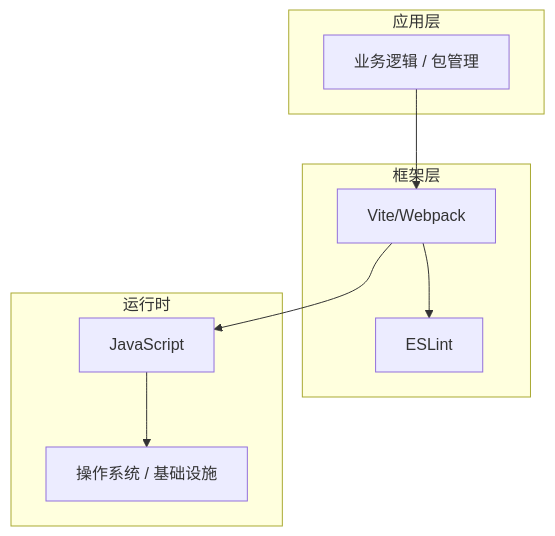
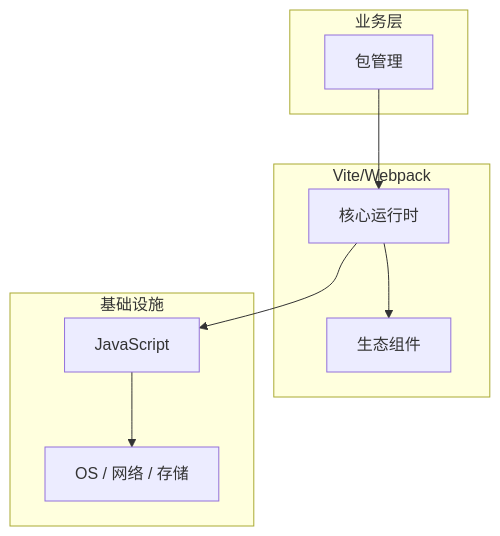
One commit to yanggan2015/knowledge-json-v2 changed the diagram in articles/前端工程化/chapters/007-包管理核心概念与原理.md. Above: the diagram before and after it, drawn with Mermaid. The commit also changed other lines of this file and 10127 other files, not shown here.

````diff
--- a/articles/前端工程化/chapters/007-包管理核心概念与原理.md
+++ b/articles/前端工程化/chapters/007-包管理核心概念与原理.md
@@ -45,18 +34,18 @@
 ```mermaid
 graph TB
-    subgraph 应用层
-        A[业务逻辑 / 包管理]
+    subgraph 业务层
+        A[包管理]
     end
-    subgraph 框架层
-        B[Vite/Webpack]
-        C[ESLint]
+    subgraph Vite/Webpack
+        B[核心运行时]
+        C[生态组件]
     end
-    subgraph 运行时
+    subgraph 基础设施
         D[JavaScript]
-        E[操作系统 / 基础设施]
+        E[OS / 网络 / 存储]
     end
     A --> B
     B --> C
     B --> D
     D --> E
 ```
````
